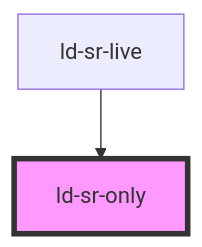
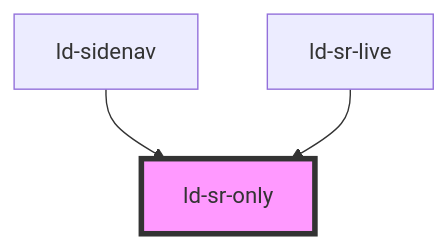
One commit to emdgroup-liquid/liquid changed the diagram in src/liquid/components/ld-sr-only/readme.md. Above: the diagram before and after it, drawn with Mermaid. The commit also changed other lines of this file and 7 other files, not shown here.

````diff
--- a/src/liquid/components/ld-sr-only/readme.md
+++ b/src/liquid/components/ld-sr-only/readme.md
@@ -49,5 +50,6 @@
 ```mermaid
 graph TD;
+  ld-sidenav --> ld-sr-only
   ld-sr-live --> ld-sr-only
   style ld-sr-only fill:#f9f,stroke:#333,stroke-width:4px
 ```
````
